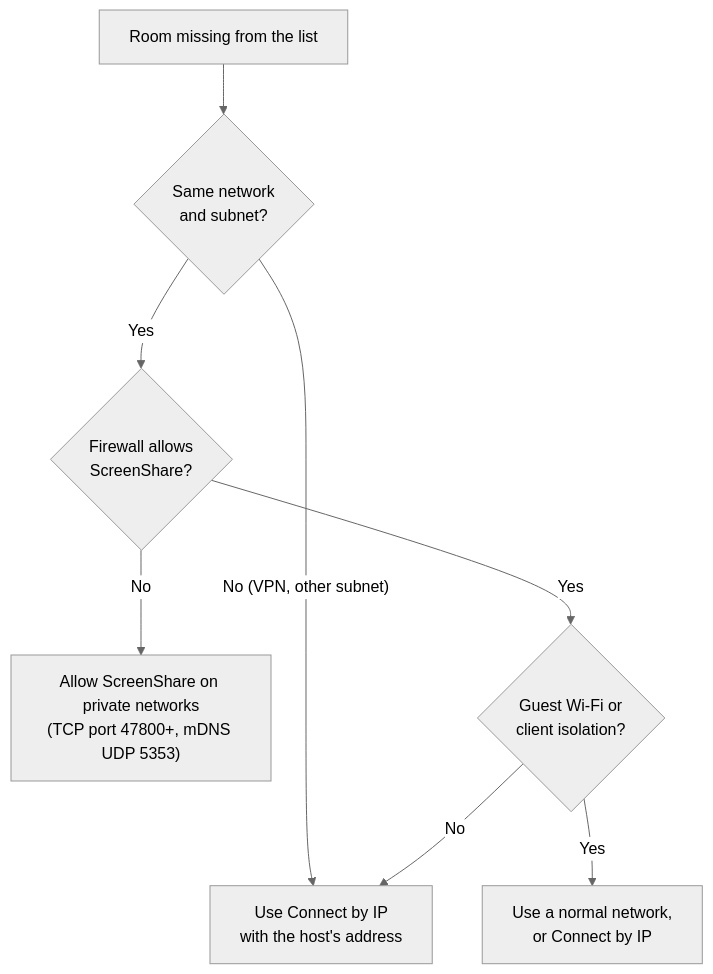
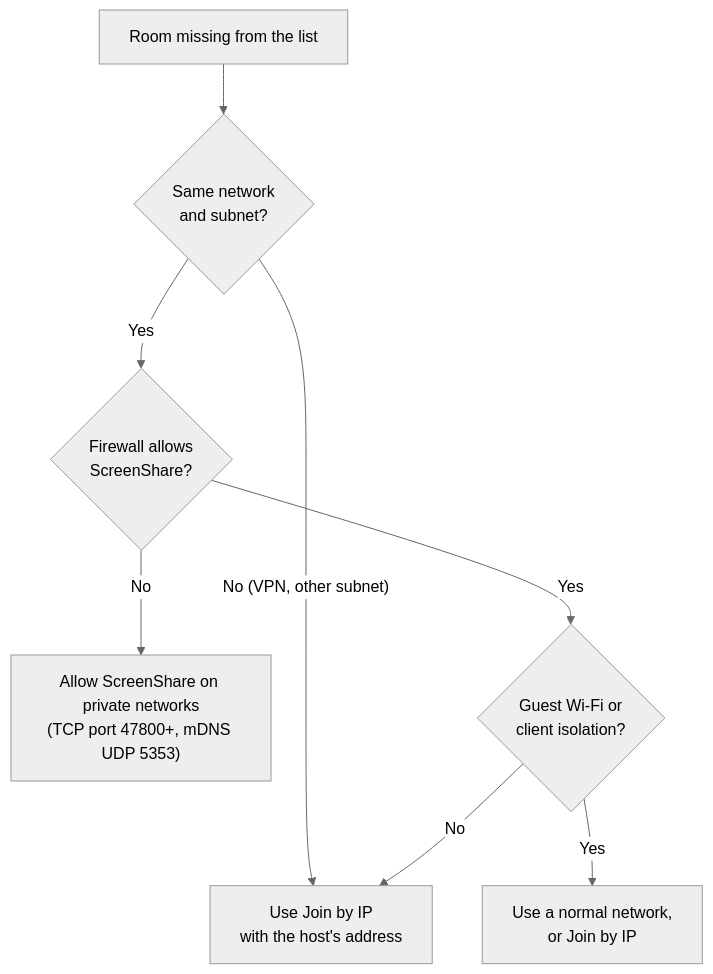
One commit to nsfxu/lan-screenshare changed the diagram in docs/en-US/troubleshooting.md. Above: the diagram before and after it, drawn with Mermaid (neutral theme). The commit also changed other lines of this file and 17 other files, not shown here.

````diff
--- a/docs/en-US/troubleshooting.md
+++ b/docs/en-US/troubleshooting.md
@@ -21,10 +21,10 @@
 ```mermaid
 flowchart TD
   A["Room missing from the list"] --> B{"Same network<br/>and subnet?"}
-  B -->|"No (VPN, other subnet)"| C["Use Connect by IP<br/>with the host's address"]
+  B -->|"No (VPN, other subnet)"| C["Use Join by IP<br/>with the host's address"]
   B -->|Yes| D{"Firewall allows<br/>ScreenShare?"}
   D -->|No| E["Allow ScreenShare on private networks<br/>(TCP port 47800+, mDNS UDP 5353)"]
   D -->|Yes| F{"Guest Wi-Fi or<br/>client isolation?"}
-  F -->|Yes| G["Use a normal network,<br/>or Connect by IP"]
+  F -->|Yes| G["Use a normal network,<br/>or Join by IP"]
   F -->|No| C
 ```
````
